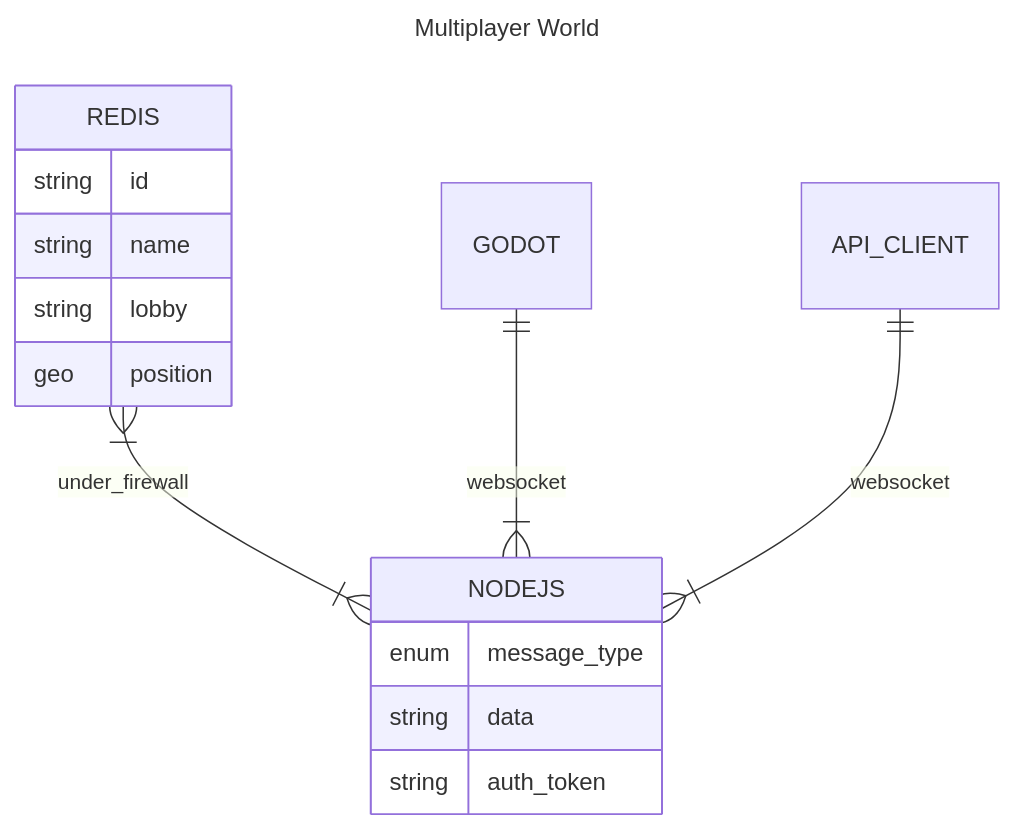
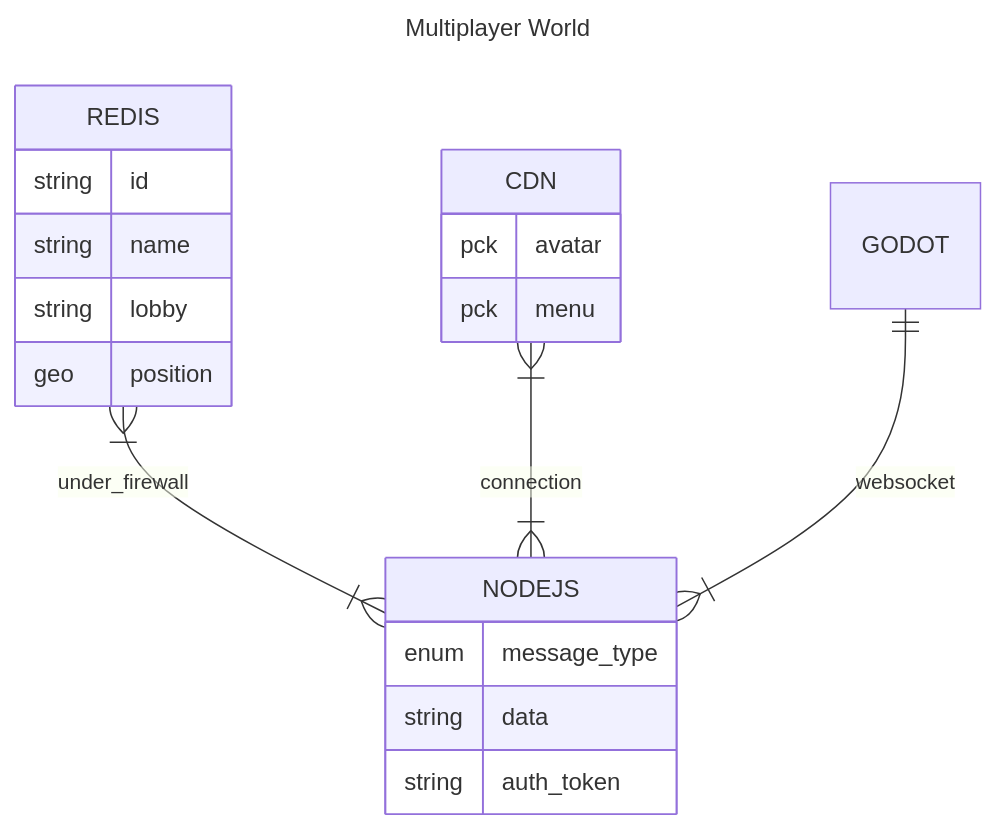
The first of 3 diagrams in README.md (Ughuuu/Multiplayer-World), drawn with Mermaid before and after one commit. The commit also changed other lines of this file and 1 other file, not shown here.

````diff
--- a/README.md
+++ b/README.md
@@ -18,20 +74,24 @@
 ```mermaid
 ---
 title: Multiplayer World
 ---
 erDiagram
     REDIS 1+--1+ NODEJS : under_firewall
+    CDN 1+--1+ NODEJS : connection
     REDIS {
         string id
         string name
         string lobby
         geo position
     }
     NODEJS {
         enum message_type
         string data
         string auth_token
     }
+    CDN {
+        pck avatar
+        pck menu
+    }
     GODOT 1--1+ NODEJS : websocket
-    API_CLIENT 1--1+ NODEJS : websocket
 ```
````
